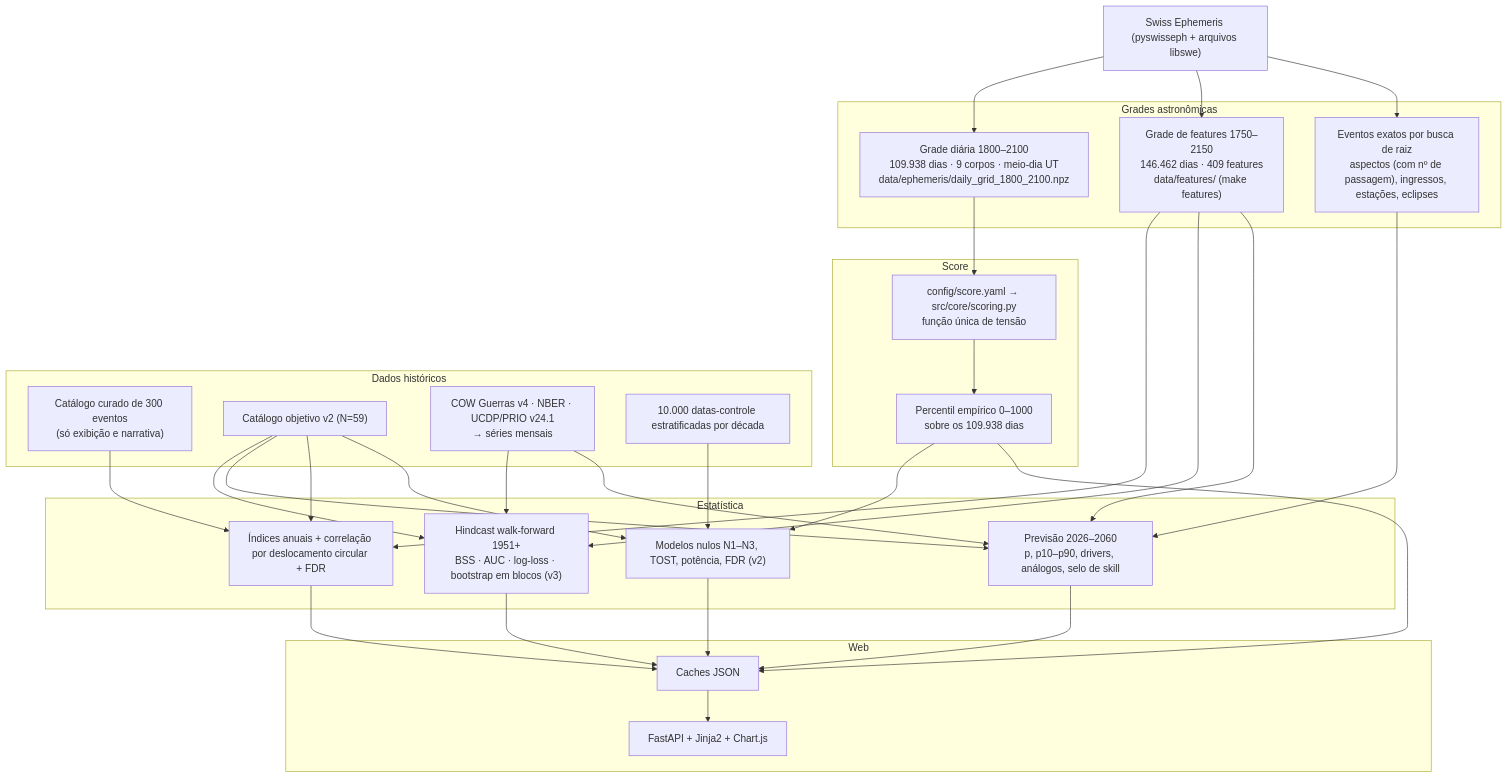
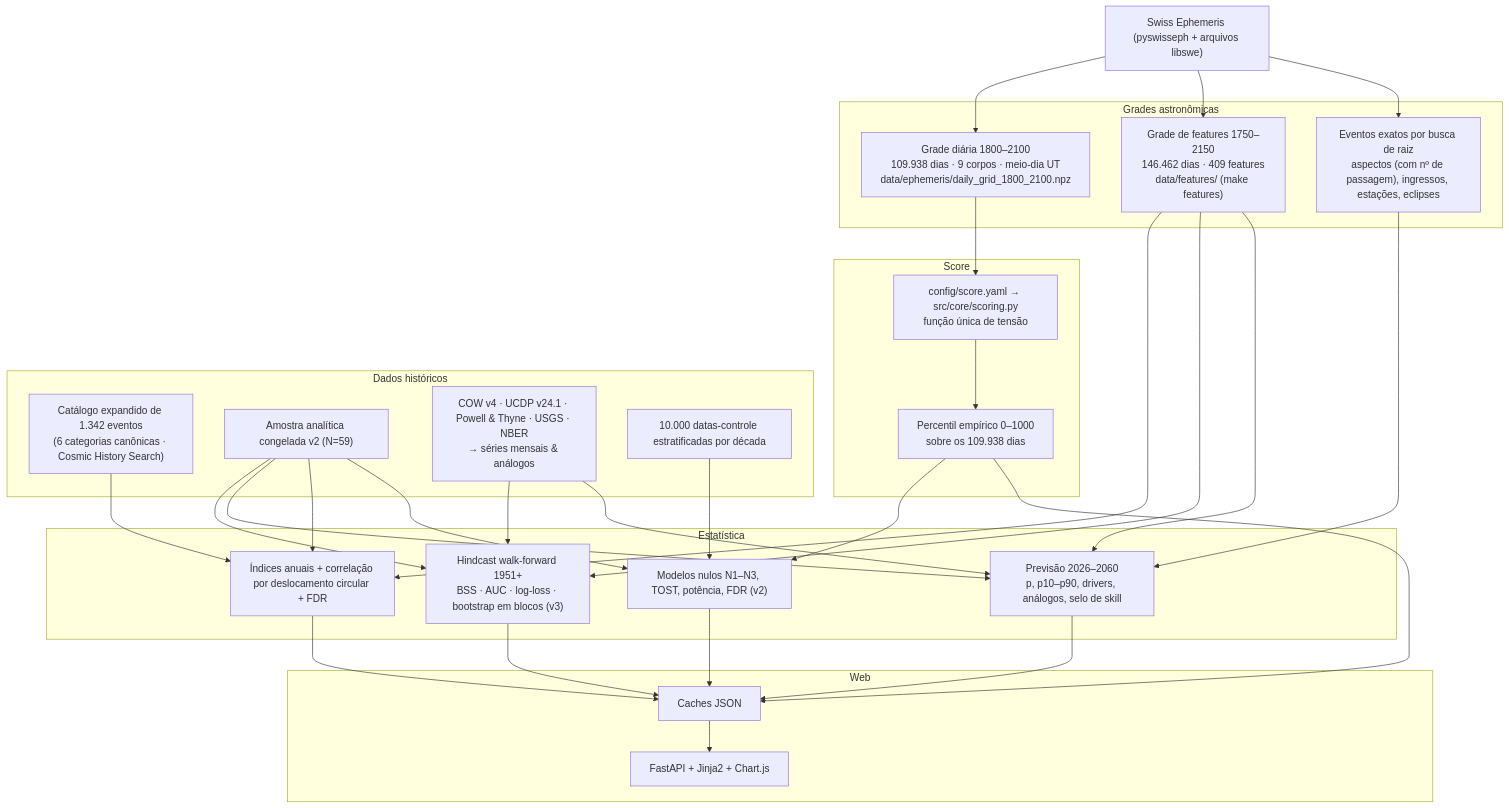
One commit to marceloasl99/astro-history changed the diagram in README_PT.md. Above: the diagram before and after it, drawn with Mermaid. The commit also changed other lines of this file and 79 other files, not shown here.

First line of the commit message:
feat: release v5.0.0 - 1,342 historical events, international methods, sovereign charts, triple-theme UI, bilingual i18n

````diff
--- a/README_PT.md
+++ b/README_PT.md
@@ -91,43 +92,43 @@
 ```mermaid
 flowchart TD
     SWE["Swiss Ephemeris (pyswisseph + arquivos libswe)"]
 
     subgraph "Grades astronômicas"
         GRID["Grade diária 1800–2100<br/>109.938 dias · 9 corpos · meio-dia UT<br/>data/ephemeris/daily_grid_1800_2100.npz"]
         FEAT["Grade de features 1750–2150<br/>146.462 dias · 409 features<br/>data/features/ (make features)"]
         EXACT["Eventos exatos por busca de raiz<br/>aspectos (com nº de passagem), ingressos, estações, eclipses"]
     end
 
     subgraph "Score"
         SCORE["config/score.yaml → src/core/scoring.py<br/>função única de tensão"]
         PCT["Percentil empírico 0–1000<br/>sobre os 109.938 dias"]
     end
 
     subgraph "Dados históricos"
-        CAT["Catálogo curado de 300 eventos<br/>(só exibição e narrativa)"]
-        V2["Catálogo objetivo v2 (N=59)"]
-        EXT["COW Guerras v4 · NBER · UCDP/PRIO v24.1<br/>→ séries mensais"]
+        CAT["Catálogo expandido de 1.342 eventos<br/>(6 categorias canônicas · Cosmic History Search)"]
+        V2["Amostra analítica congelada v2 (N=59)"]
+        EXT["COW v4 · UCDP v24.1 · Powell & Thyne · USGS · NBER<br/>→ séries mensais & análogos"]
         CTRL["10.000 datas-controle estratificadas por década"]
     end
 
     subgraph "Estatística"
         NULL["Modelos nulos N1–N3, TOST, potência, FDR (v2)"]
         HIND["Hindcast walk-forward 1951+<br/>BSS · AUC · log-loss · bootstrap em blocos (v3)"]
         ANN["Índices anuais + correlação por deslocamento circular + FDR"]
         FC["Previsão 2026–2060<br/>p, p10–p90, drivers, análogos, selo de skill"]
     end
 
     subgraph "Web"
         CACHE["Caches JSON"]
         APP["FastAPI + Jinja2 + Chart.js"]
     end
 
     SWE --> GRID & FEAT & EXACT
     GRID --> SCORE --> PCT
     FEAT --> ANN & HIND & FC
     EXACT --> FC
     V2 & EXT --> HIND & FC
     V2 & CAT --> ANN
     V2 & CTRL & PCT --> NULL
     NULL & HIND & ANN & FC & PCT --> CACHE --> APP
 ```
````
